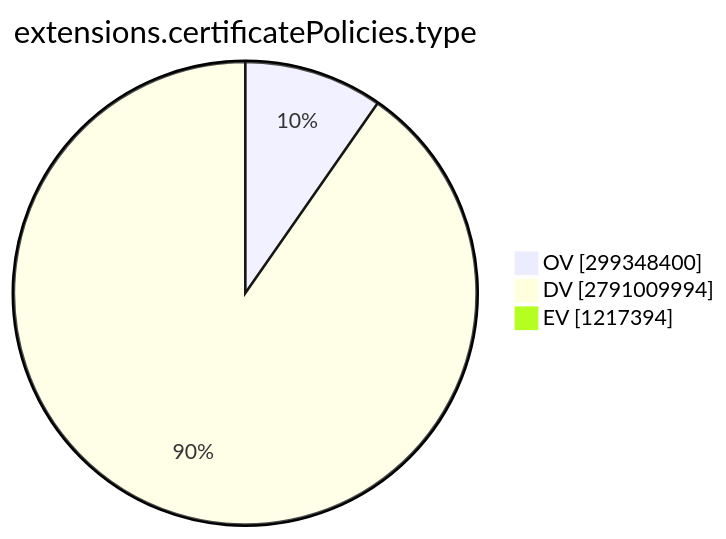
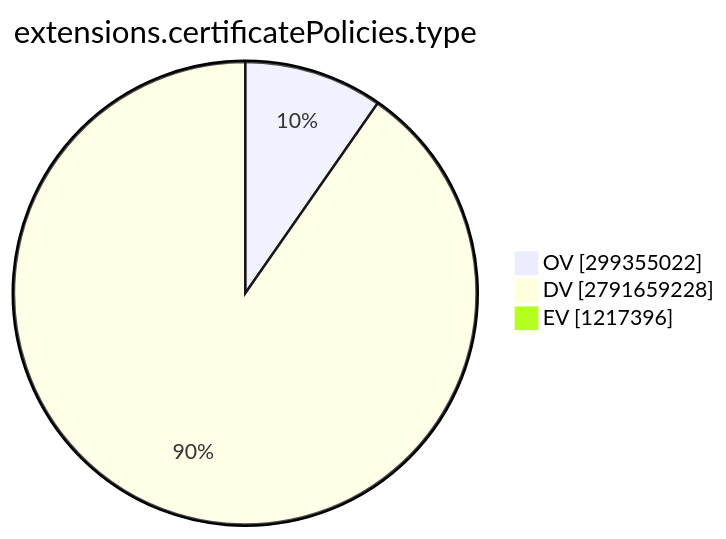
Before and after one commit to christiankrug/ctmonitor_visualization: the ninth of 15 diagrams in TOTAL/README.md, drawn with Mermaid. The commit also changed other lines of this file, not shown here.

````diff
--- a/TOTAL/README.md
+++ b/TOTAL/README.md
@@ -3101,7 +3101,7 @@
 ```mermaid
 pie showData
 title extensions.certificatePolicies.type
-"OV" :299348400
-"DV" :2791009994
-"EV" :1217394
+"OV" :299355022
+"DV" :2791659228
+"EV" :1217396
 ```
````
